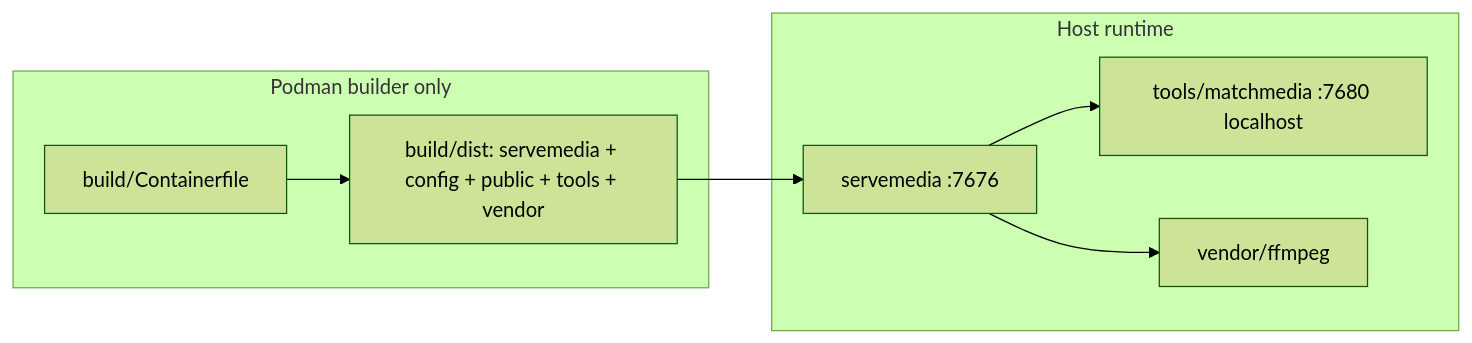
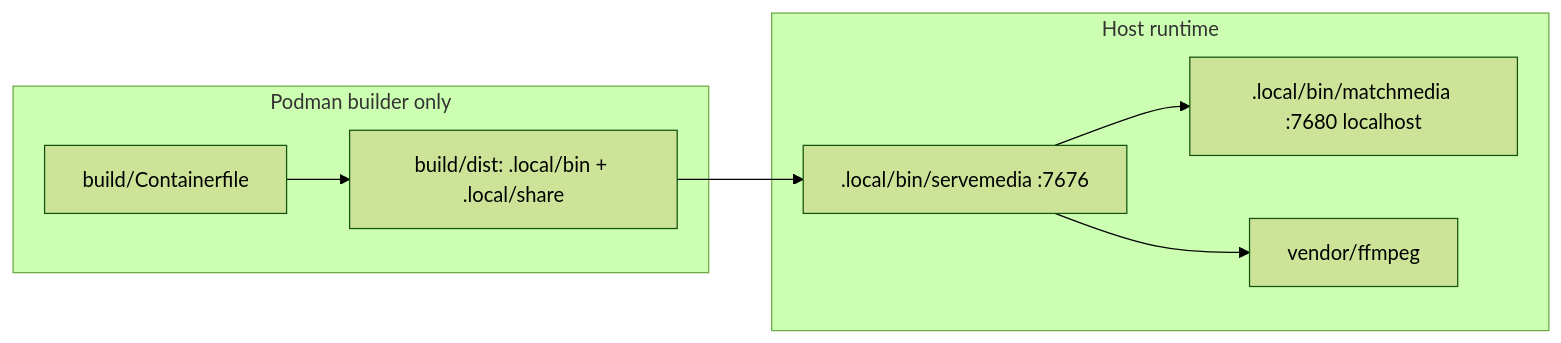
The diagram in docs/architecture.md (AlyShmahell/ServeMedia), drawn with Mermaid (forest theme) before and after one commit. The commit also changed other lines of this file and 21 other files, not shown here.

Commit message:
Implemented the XDG specs, incorporated MatchMedia 0.0.9, fixed the flatpak manifest and bumped freedesktop.Platform to 26.08

````diff
--- a/docs/architecture.md
+++ b/docs/architecture.md
@@ -7,12 +7,12 @@
 ```mermaid
 flowchart LR
   subgraph build [Podman builder only]
     CF[build/Containerfile]
-    CF --> Dist["build/dist: servemedia + config + public + tools + vendor"]
+    CF --> Dist["build/dist: .local/bin + .local/share"]
   end
   subgraph host [Host runtime]
-    Dist --> ServeMedia[servemedia :7676]
-    ServeMedia --> MatchMedia["tools/matchmedia :7680 localhost"]
+    Dist --> ServeMedia[".local/bin/servemedia :7676"]
+    ServeMedia --> MatchMedia[".local/bin/matchmedia :7680 localhost"]
     ServeMedia --> FFmpeg["vendor/ffmpeg"]
   end
 ```
````
